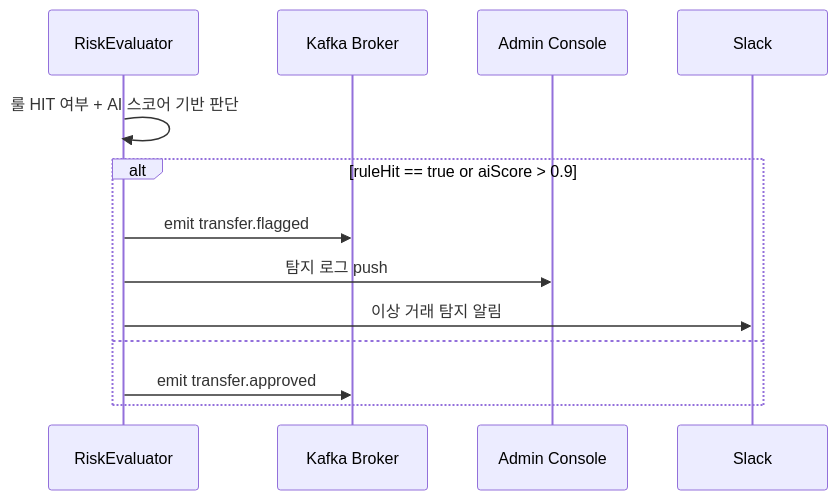
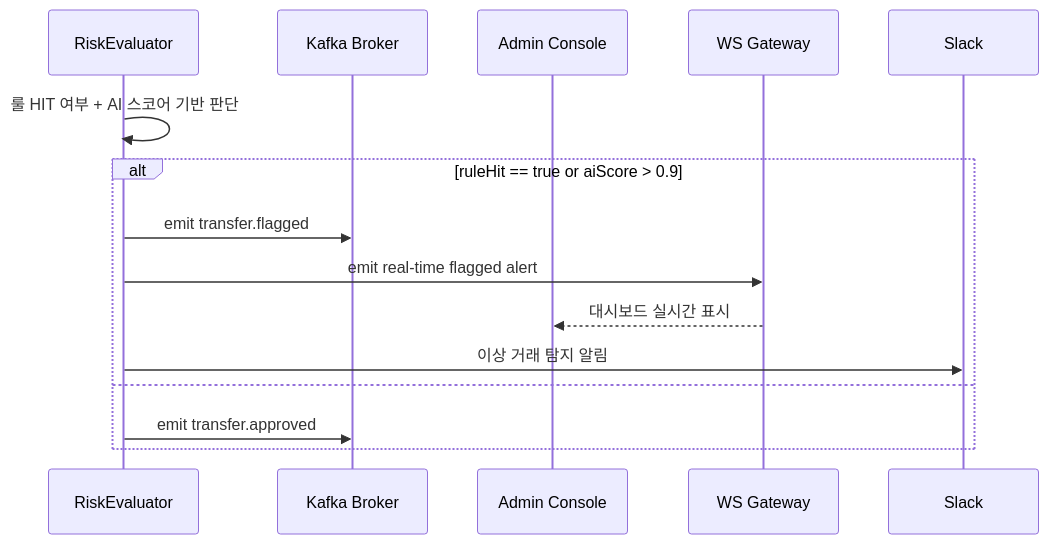
The sixth of 7 diagrams in GUIDE_REFACTOR.md (hyungkishin/FDS-System), drawn with Mermaid before and after one commit. The commit also changed other lines of this file, not shown here.

Commit message:
feat: 룰 수정 / RiskEval 동기화, tx_history 기록, WebSocket 실시간 Alert 순서도 추가

````diff
--- a/GUIDE_REFACTOR.md
+++ b/GUIDE_REFACTOR.md
@@ -86,16 +116,18 @@
 ```mermaid
 sequenceDiagram
     participant RiskEval as RiskEvaluator
     participant Kafka as Kafka Broker
     participant Admin as Admin Console
+    participant WebSocket as WS Gateway
     participant Slack as Slack
 
     RiskEval->>RiskEval: 룰 HIT 여부 + AI 스코어 기반 판단
     alt ruleHit == true or aiScore > 0.9
         RiskEval->>Kafka: emit transfer.flagged
-        RiskEval->>Admin: 탐지 로그 push
+        RiskEval->>WebSocket: emit real-time flagged alert
+        WebSocket-->>Admin: 대시보드 실시간 표시
         RiskEval->>Slack: 이상 거래 탐지 알림
     else
         RiskEval->>Kafka: emit transfer.approved
     end
 ```
````
